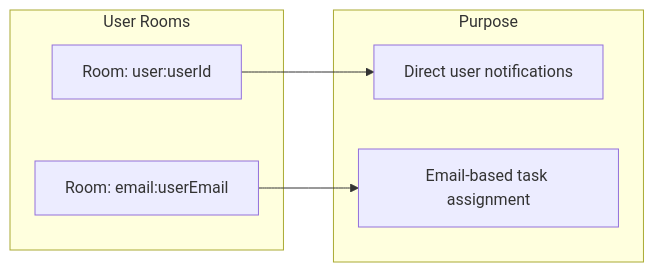
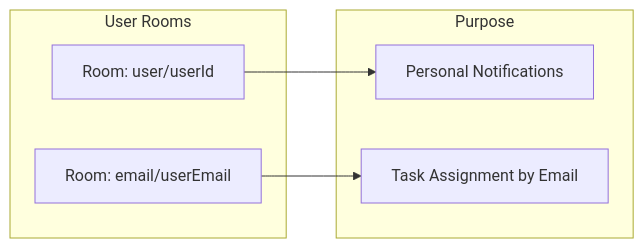
Before and after one commit to anshsharmacse/taskflow-socket: the fifth of 11 diagrams in README.md, drawn with Mermaid. The commit also changed other lines of this file, not shown here.

````diff
--- a/README.md
+++ b/README.md
@@ -187,15 +189,15 @@
 ```mermaid
 flowchart LR
-    subgraph "User Rooms"
-        R1[Room: user:userId]
-        R2[Room: email:userEmail]
+    subgraph User Rooms
+        R1[Room: user/userId]
+        R2[Room: email/userEmail]
     end
     
-    subgraph "Purpose"
-        P1[Direct user notifications]
-        P2[Email-based task assignment]
+    subgraph Purpose
+        P1[Personal Notifications]
+        P2[Task Assignment by Email]
     end
     
     R1 --> P1
     R2 --> P2
 ```
````
